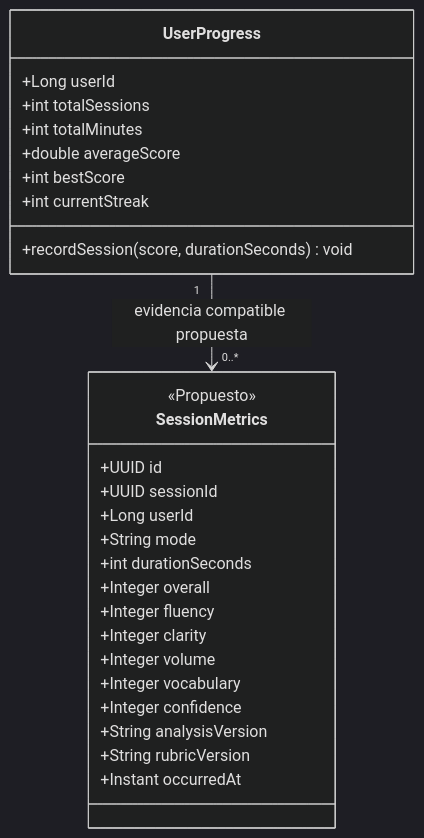
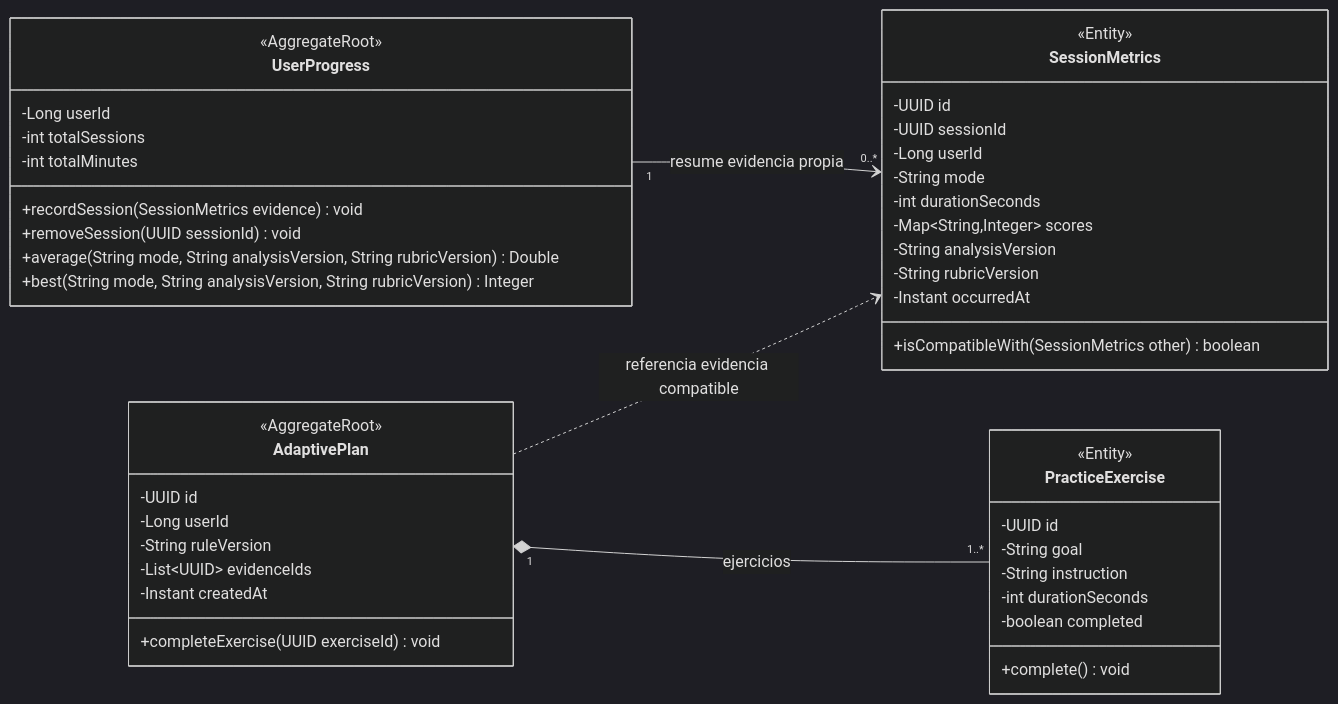
The diagram in assets/diagrams/tactical/05-progress-adaptation-classes.mmd (upc-pre-202620-si728-16365-thropic/talki-project-report), drawn with Mermaid (dark theme) before and after one commit. The commit also changed 6 other files, not shown here.

```diff
--- a/assets/diagrams/tactical/05-progress-adaptation-classes.mmd
+++ b/assets/diagrams/tactical/05-progress-adaptation-classes.mmd
@@ -1,29 +1,46 @@
 classDiagram
-    class UserProgress {
-        +Long userId
-        +int totalSessions
-        +int totalMinutes
-        +double averageScore
-        +int bestScore
-        +int currentStreak
-        +recordSession(score, durationSeconds) void
-    }
-    class SessionMetrics {
-        <<Propuesto>>
-        +UUID id
-        +UUID sessionId
-        +Long userId
-        +String mode
-        +int durationSeconds
-        +Integer overall
-        +Integer fluency
-        +Integer clarity
-        +Integer volume
-        +Integer vocabulary
-        +Integer confidence
-        +String analysisVersion
-        +String rubricVersion
-        +Instant occurredAt
-    }
-
-    UserProgress "1" --> "0..*" SessionMetrics : evidencia compatible propuesta
+ direction LR
+class UserProgress {
+  <<AggregateRoot>>
+  -Long userId
+  -int totalSessions
+  -int totalMinutes
+  +recordSession(SessionMetrics evidence) void
+  +removeSession(UUID sessionId) void
+  +average(String mode, String analysisVersion, String rubricVersion) Double
+  +best(String mode, String analysisVersion, String rubricVersion) Integer
+}
+class SessionMetrics {
+  <<Entity>>
+  -UUID id
+  -UUID sessionId
+  -Long userId
+  -String mode
+  -int durationSeconds
+  -Map~String,Integer~ scores
+  -String analysisVersion
+  -String rubricVersion
+  -Instant occurredAt
+  +isCompatibleWith(SessionMetrics other) boolean
+}
+class AdaptivePlan {
+  <<AggregateRoot>>
+  -UUID id
+  -Long userId
+  -String ruleVersion
+  -List~UUID~ evidenceIds
+  -Instant createdAt
+  +completeExercise(UUID exerciseId) void
+}
+class PracticeExercise {
+  <<Entity>>
+  -UUID id
+  -String goal
+  -String instruction
+  -int durationSeconds
+  -boolean completed
+  +complete() void
+}
+UserProgress "1" --> "0..*" SessionMetrics : resume evidencia propia
+AdaptivePlan "1" *-- "1..*" PracticeExercise : ejercicios
+AdaptivePlan ..> SessionMetrics : referencia evidencia compatible
```
